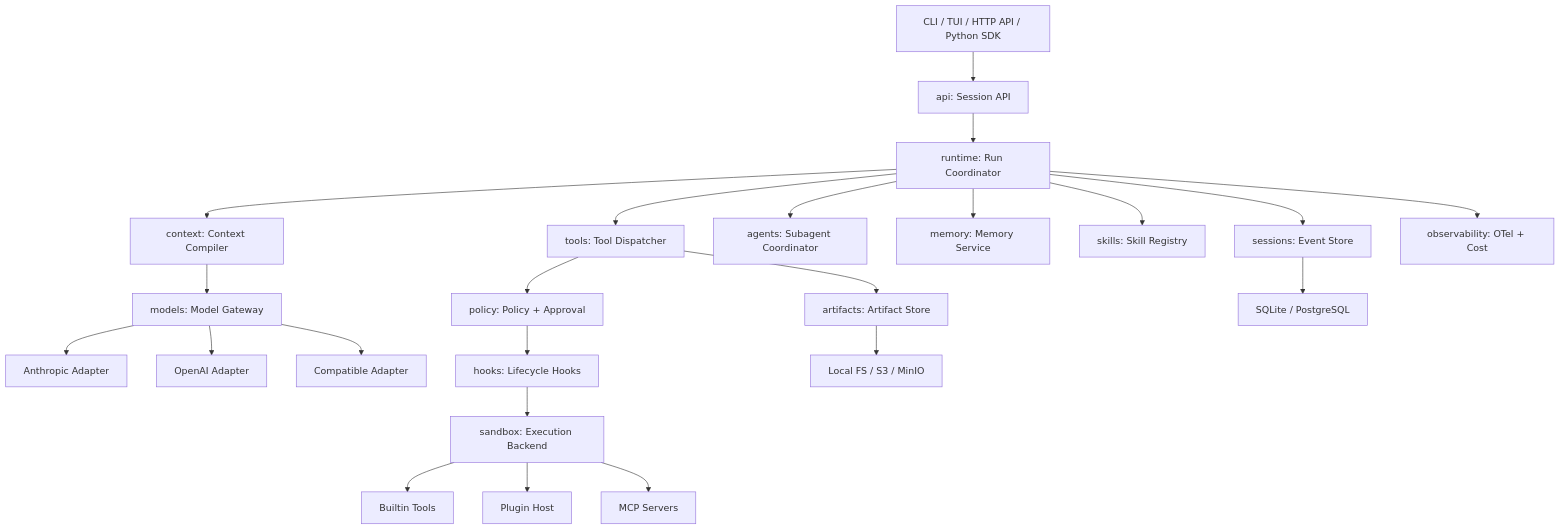
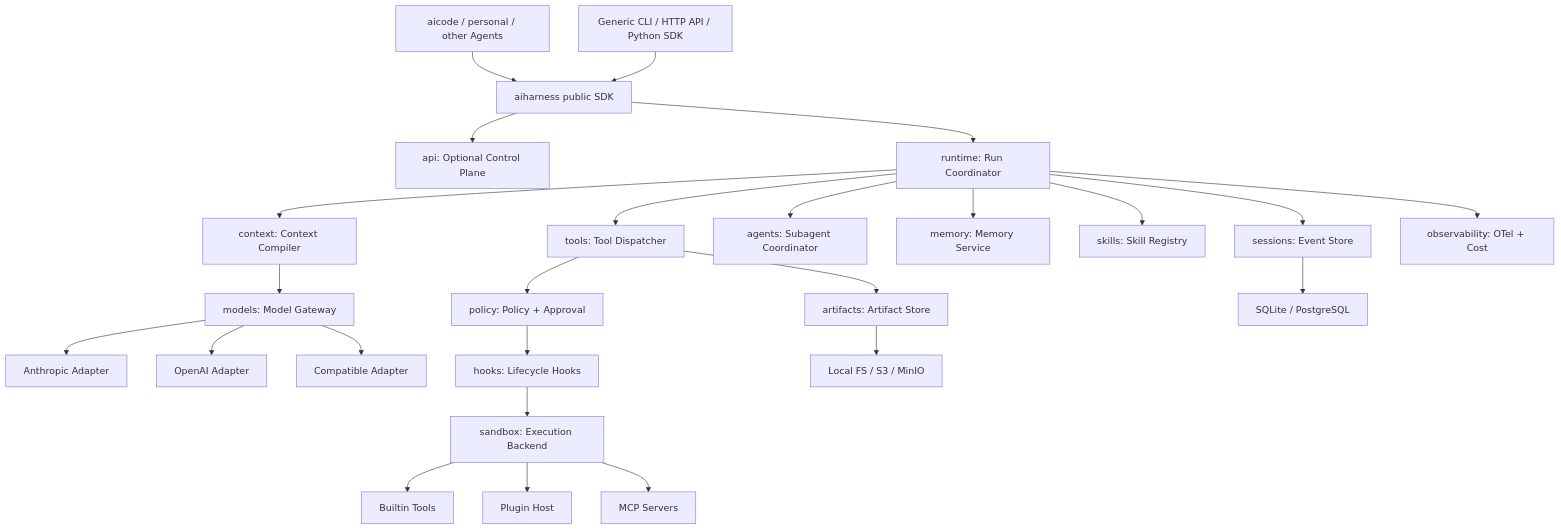
One commit to FineJade77/aihi changed the diagram in docs/ARCHITECTURE.md. Above: the diagram before and after it, drawn with Mermaid. The commit also changed other lines of this file and 1 other file, not shown here.

````diff
--- a/docs/ARCHITECTURE.md
+++ b/docs/ARCHITECTURE.md
@@ -28,28 +41,30 @@
 ```mermaid
 flowchart TB
-    U["CLI / TUI / HTTP API / Python SDK"] --> API["api: Session API"]
-    API --> R["runtime: Run Coordinator"]
+    A1["aicode / personal / other Agents"] --> H["aiharness public SDK"]
+    U["Generic CLI / HTTP API / Python SDK"] --> H
+    H --> API["api: Optional Control Plane"]
+    H --> R["runtime: Run Coordinator"]
     R --> C["context: Context Compiler"]
     C --> M["models: Model Gateway"]
     M --> P1["Anthropic Adapter"]
     M --> P2["OpenAI Adapter"]
     M --> P3["Compatible Adapter"]
 
     R --> D["tools: Tool Dispatcher"]
     D --> POL["policy: Policy + Approval"]
-    POL --> H["hooks: Lifecycle Hooks"]
-    H --> S["sandbox: Execution Backend"]
+    POL --> HOOKS["hooks: Lifecycle Hooks"]
+    HOOKS --> S["sandbox: Execution Backend"]
     S --> B["Builtin Tools"]
     S --> PH["Plugin Host"]
     S --> MCP["MCP Servers"]
 
     R --> A["agents: Subagent Coordinator"]
     R --> MEM["memory: Memory Service"]
     R --> SK["skills: Skill Registry"]
 
     R --> SES["sessions: Event Store"]
     D --> ART["artifacts: Artifact Store"]
     R --> OBS["observability: OTel + Cost"]
     SES --> DB["SQLite / PostgreSQL"]
     ART --> OBJ["Local FS / S3 / MinIO"]
 ```
````
